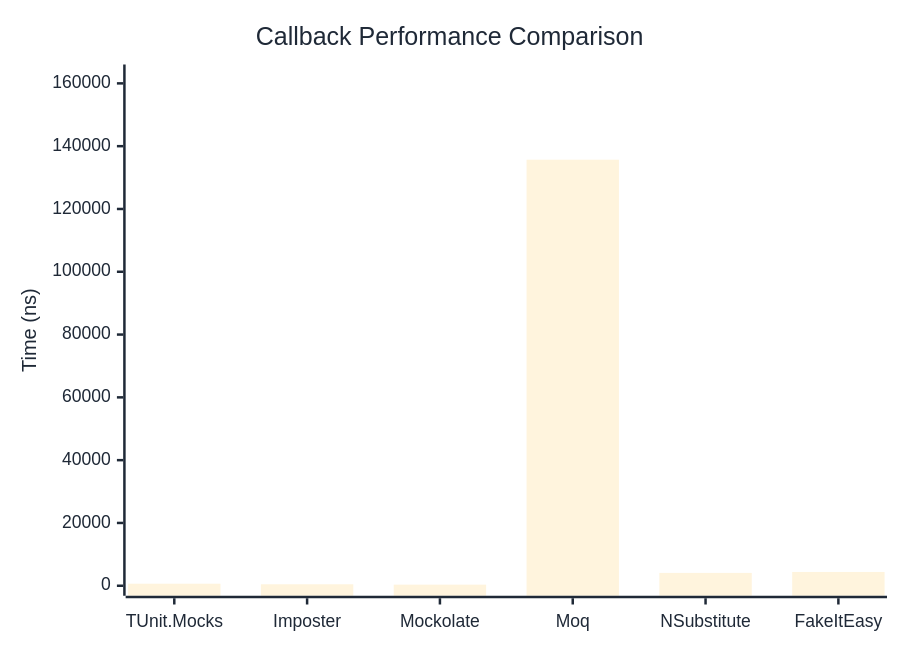
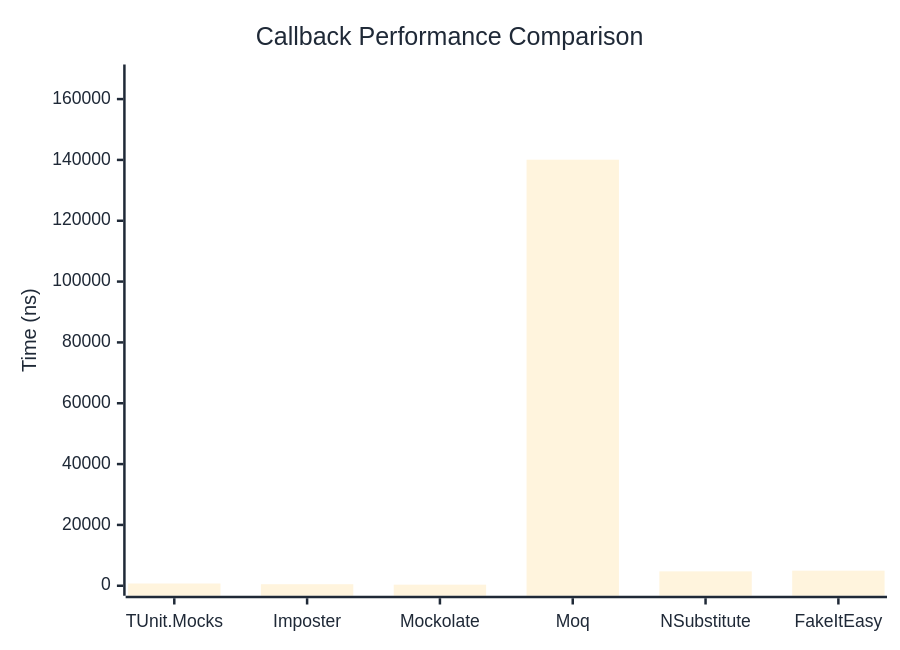
The first of 2 diagrams in docs/docs/benchmarks/mocks/Callback.md (thomhurst/TUnit), drawn with Mermaid before and after one commit. The commit also changed other lines of this file and 14 other files, not shown here.

````diff
--- a/docs/docs/benchmarks/mocks/Callback.md
+++ b/docs/docs/benchmarks/mocks/Callback.md
@@ -28,27 +28,27 @@
 ```mermaid
 %%{init: {
   'theme':'base',
   'themeVariables': {
     'primaryColor': '#2563eb',
     'primaryTextColor': '#1f2937',
     'primaryBorderColor': '#1e40af',
     'lineColor': '#6b7280',
     'secondaryColor': '#7c3aed',
     'tertiaryColor': '#dc2626',
     'background': '#ffffff',
     'pie1': '#2563eb',
     'pie2': '#7c3aed',
     'pie3': '#dc2626',
     'pie4': '#f59e0b',
     'pie5': '#10b981',
     'pie6': '#06b6d4',
     'pie7': '#ec4899',
     'pie8': '#6366f1'
   }
 }}%%
 xychart-beta
   title "Callback Performance Comparison"
   x-axis ["TUnit.Mocks", "Imposter", "Mockolate", "Moq", "NSubstitute", "FakeItEasy"]
-  y-axis "Time (ns)" 0 --> 162827
-  bar [649.1, 468.5, 352.7, 135688.9, 4089.1, 4391.9]
+  y-axis "Time (ns)" 0 --> 168082
+  bar [739.5, 506.3, 356.2, 140068.2, 4731.9, 4958.9]
 ```
````
